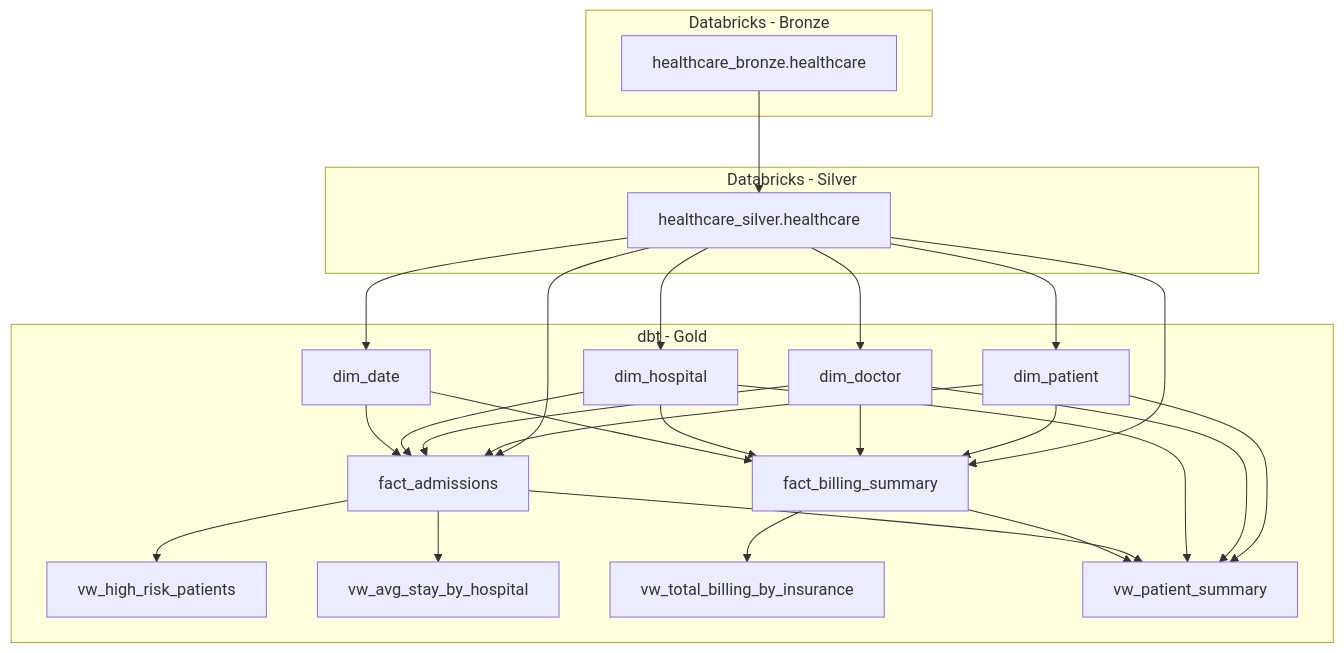
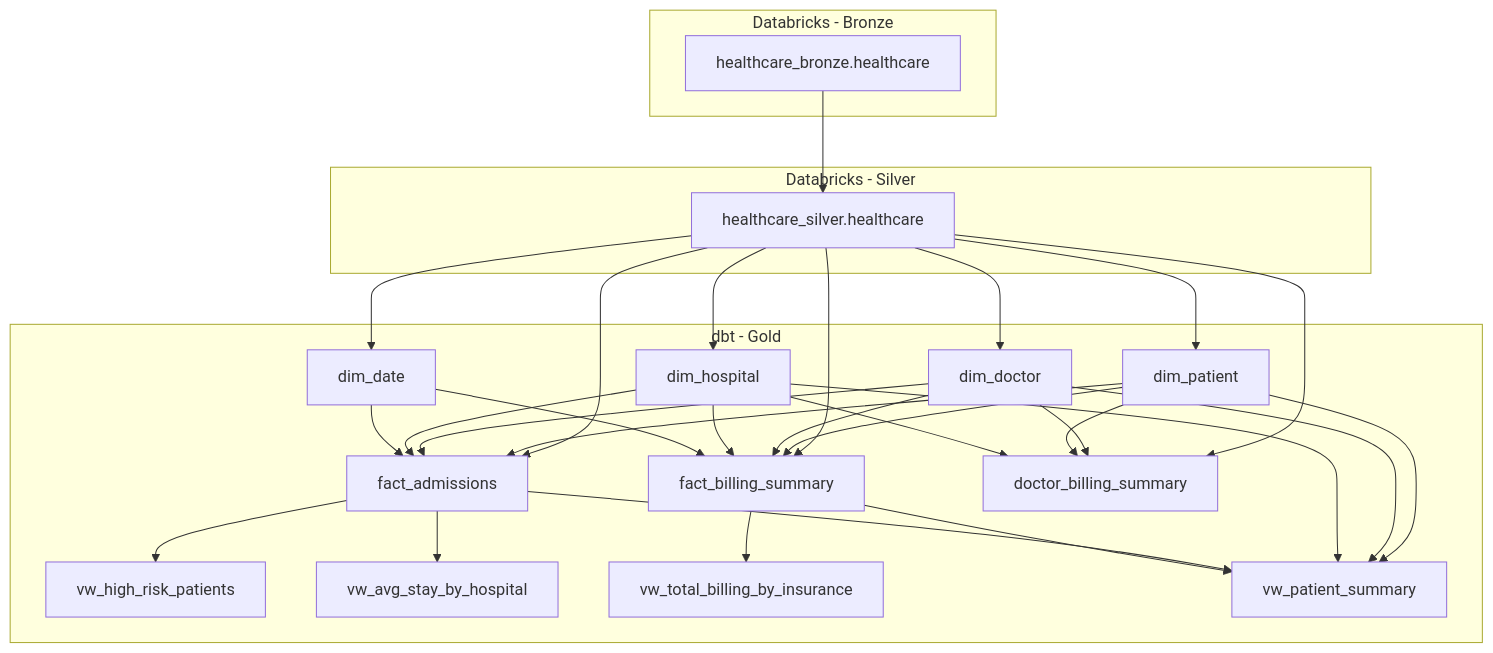
One commit to AjanbiAli200/Patient-Risk-Prediction changed the diagram in README.md. Above: the diagram before and after it, drawn with Mermaid. The commit also changed other lines of this file, not shown here.

````diff
--- a/README.md
+++ b/README.md
@@ -57,59 +57,65 @@
 ```mermaid
 graph TD
     subgraph Bronze Layer [Databricks - Bronze]
         bronze_healthcare["healthcare_bronze.healthcare"]
     end
 
     subgraph Silver Layer [Databricks - Silver]
         silver_healthcare["healthcare_silver.healthcare"]
     end
 
     subgraph Gold Layer [dbt - Gold]
         dim_patient["dim_patient"]
         dim_doctor["dim_doctor"]
         dim_hospital["dim_hospital"]
         dim_date["dim_date"]
         fact_admissions["fact_admissions"]
         fact_billing_summary["fact_billing_summary"]
+        doctor_billing_summary["doctor_billing_summary"]
         vw_high_risk_patients["vw_high_risk_patients"]
         vw_avg_stay_by_hospital["vw_avg_stay_by_hospital"]
         vw_total_billing_by_insurance["vw_total_billing_by_insurance"]
         vw_patient_summary["vw_patient_summary"]
     end
 
     %% Bronze → Silver
     bronze_healthcare --> silver_healthcare
 
     %% Silver → Dimensions
     silver_healthcare --> dim_patient
     silver_healthcare --> dim_doctor
     silver_healthcare --> dim_hospital
     silver_healthcare --> dim_date
 
     %% Silver → Facts
     silver_healthcare --> fact_admissions
     silver_healthcare --> fact_billing_summary
+    silver_healthcare --> doctor_billing_summary
 
     %% Dimensions → Facts
     dim_patient --> fact_admissions
     dim_doctor --> fact_admissions
     dim_hospital --> fact_admissions
     dim_date --> fact_admissions
 
     dim_patient --> fact_billing_summary
     dim_doctor --> fact_billing_summary
     dim_hospital --> fact_billing_summary
     dim_date --> fact_billing_summary
+
+    dim_doctor --> doctor_billing_summary
+    dim_patient --> doctor_billing_summary
+    dim_hospital --> doctor_billing_summary
 
     %% Facts → Views
     fact_admissions --> vw_high_risk_patients
     fact_admissions --> vw_avg_stay_by_hospital
     fact_billing_summary --> vw_total_billing_by_insurance
 
     %% Views combining multiple facts/dims
     dim_patient --> vw_patient_summary
     dim_doctor --> vw_patient_summary
     dim_hospital --> vw_patient_summary
     fact_admissions --> vw_patient_summary
     fact_billing_summary --> vw_patient_summary
 ```
````
